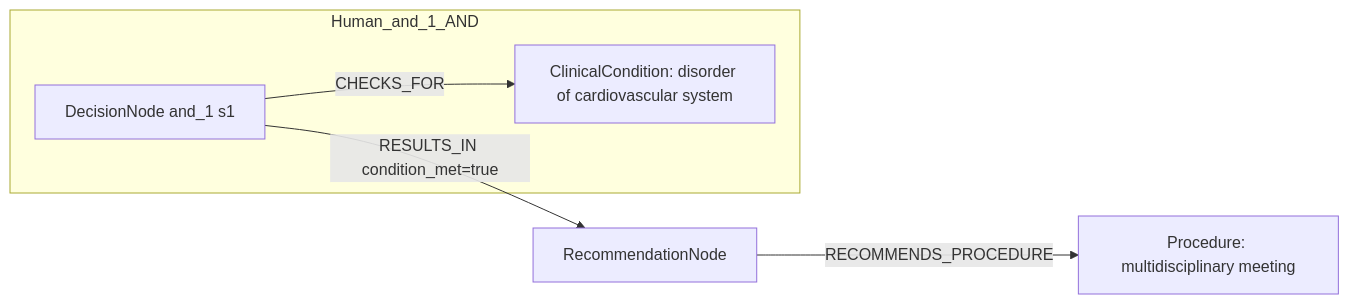
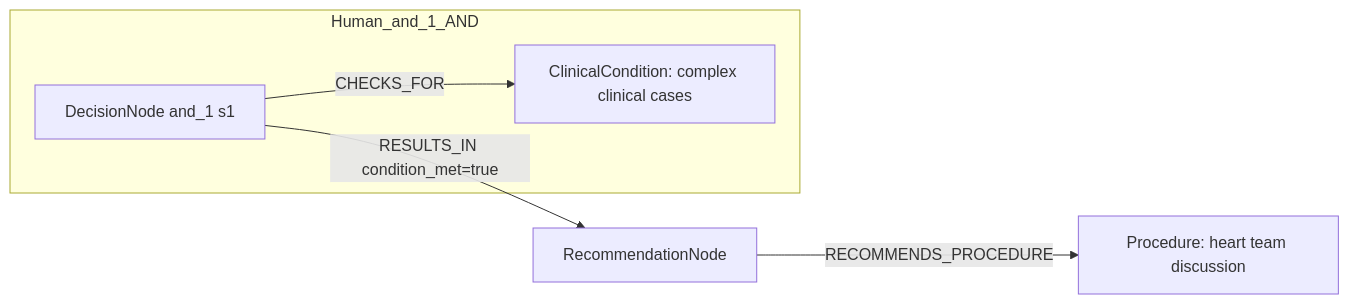
The first of 2 diagrams in docs/table22_rows_comparison/row_02.md (dieterich-lab/CardioGuidelinesGraph), drawn with Mermaid before and after one commit. The commit also changed other lines of this file and 20 other files, not shown here.

````diff
--- a/docs/table22_rows_comparison/row_02.md
+++ b/docs/table22_rows_comparison/row_02.md
@@ -229,12 +131,12 @@
 ```mermaid
 graph LR
   REC[RecommendationNode]
-  ACT1[Procedure: multidisciplinary meeting]
+  ACT1[Procedure: heart team discussion]
   REC -->|RECOMMENDS_PROCEDURE| ACT1
   subgraph Human_and_1_AND
     D_and_1_1[DecisionNode and_1 s1]
-    C_and_1_1[ClinicalCondition: disorder of cardiovascular system]
+    C_and_1_1[ClinicalCondition: complex clinical cases]
     D_and_1_1 -->|CHECKS_FOR| C_and_1_1
   end
   D_and_1_1 -->|RESULTS_IN condition_met=true| REC
 ```
````
